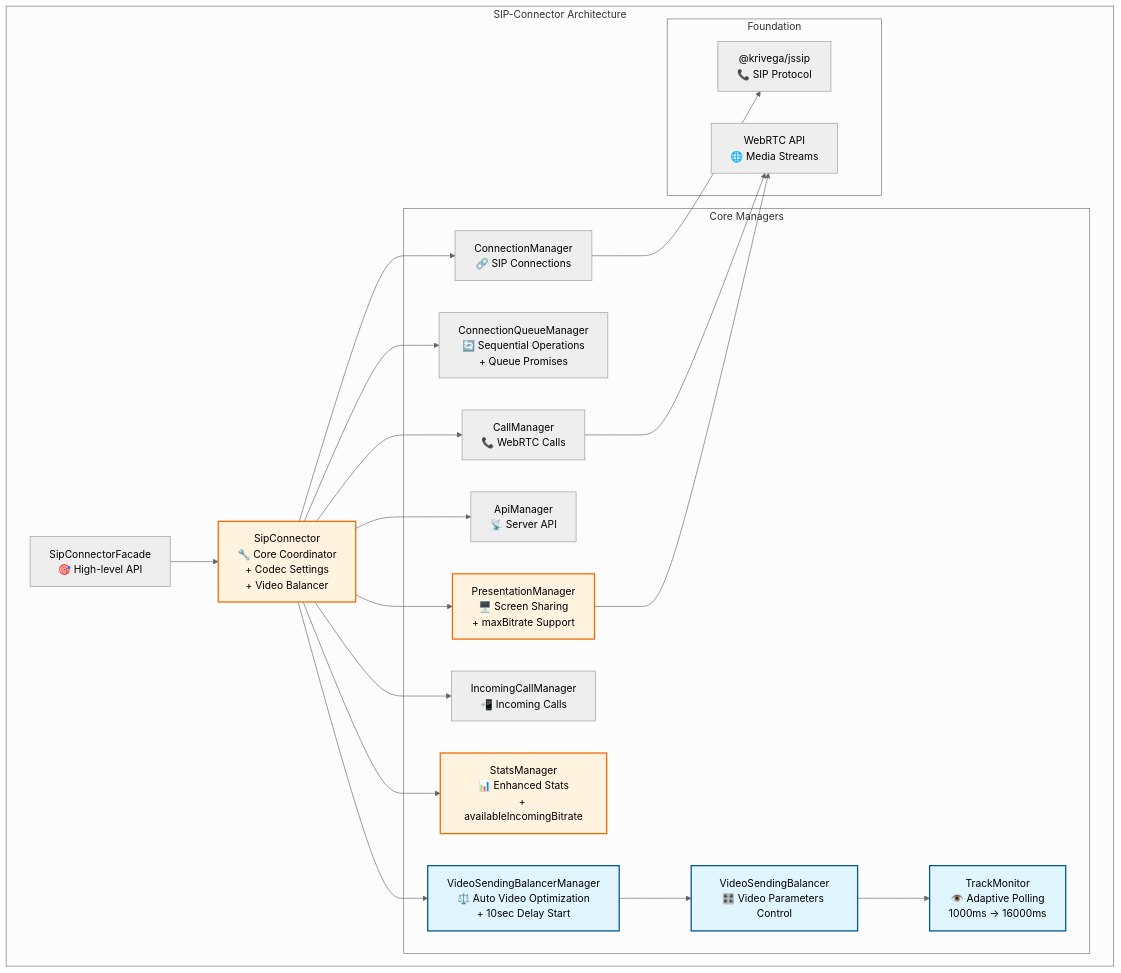
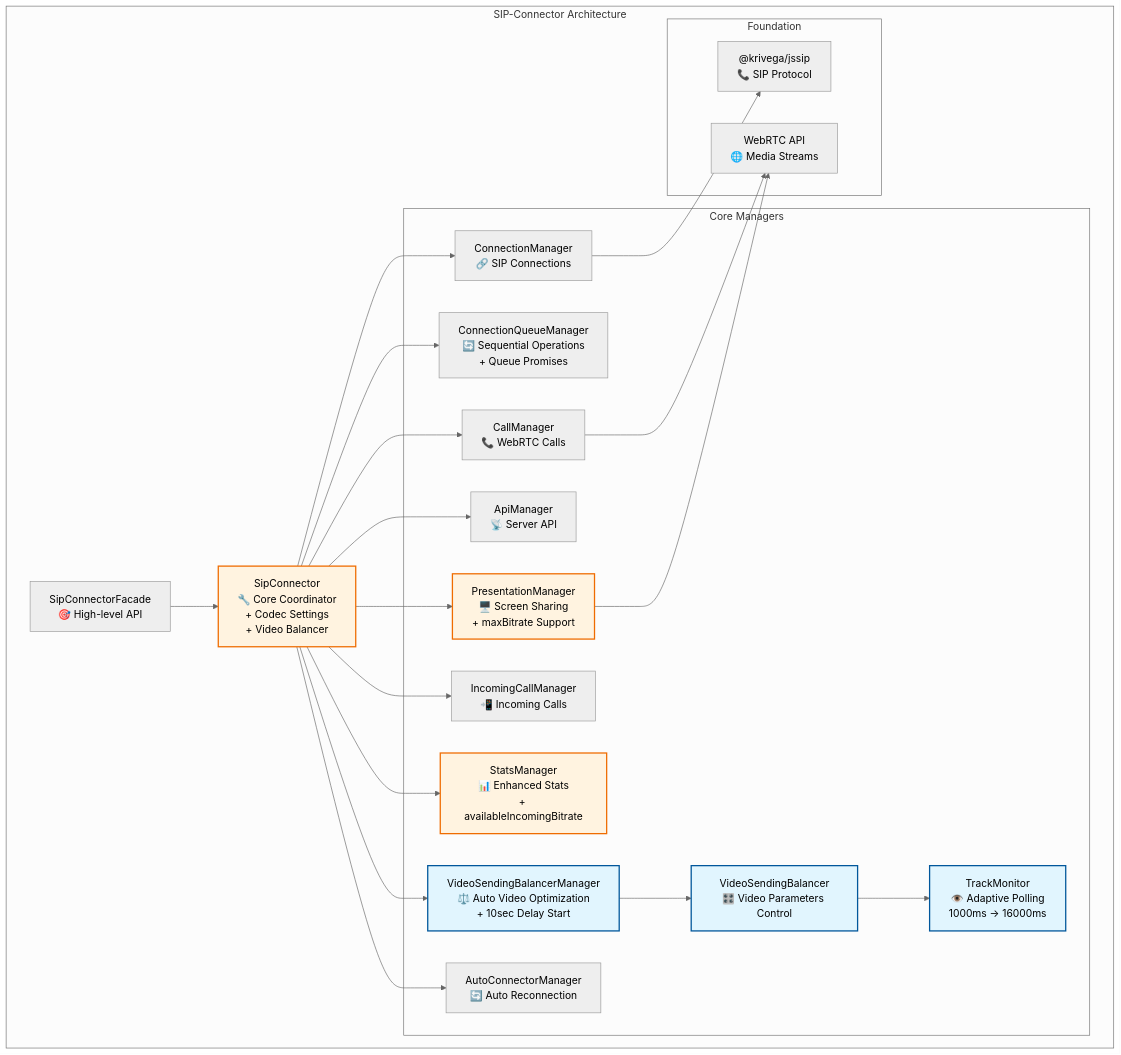
One commit to Krivega/sip-connector changed the first of 2 diagrams in docs/arch.md. Above: the diagram before and after it, drawn with Mermaid (neutral theme). The commit also changed other lines of this file and 1 other file, not shown here.

````diff
--- a/docs/arch.md
+++ b/docs/arch.md
@@ -424,47 +500,49 @@
 ```mermaid
 graph TB
     subgraph "SIP-Connector Architecture"
         A["SipConnectorFacade<br/>🎯 High-level API"]
         B["SipConnector<br/>🔧 Core Coordinator<br/>+ Codec Settings<br/>+ Video Balancer"]
 
         subgraph "Core Managers"
             C["ConnectionManager<br/>🔗 SIP Connections"]
             D["CallManager<br/>📞 WebRTC Calls"]
             E["ApiManager<br/>📡 Server API"]
             F["PresentationManager<br/>🖥️ Screen Sharing<br/>+ maxBitrate Support"]
             G["IncomingCallManager<br/>📲 Incoming Calls"]
             H["StatsManager<br/>📊 Enhanced Stats<br/>+ availableIncomingBitrate"]
             I["VideoSendingBalancerManager<br/>⚖️ Auto Video Optimization<br/>+ 10sec Delay Start"]
             J["VideoSendingBalancer<br/>🎛️ Video Parameters Control"]
             K["TrackMonitor<br/>👁️ Adaptive Polling<br/>1000ms → 16000ms"]
             L["ConnectionQueueManager<br/>🔄 Sequential Operations<br/>+ Queue Promises"]
+            M["AutoConnectorManager<br/>🔄 Auto Reconnection"]
         end
 
         subgraph "Foundation"
-            M["@krivega/jssip<br/>📞 SIP Protocol"]
-            N["WebRTC API<br/>🌐 Media Streams"]
+            O["@krivega/jssip<br/>📞 SIP Protocol"]
+            P["WebRTC API<br/>🌐 Media Streams"]
         end
 
         A --> B
         B --> C
         B --> L
         B --> D
         B --> E
         B --> F
         B --> G
         B --> H
         B --> I
         I --> J
         J --> K
-        D --> N
-        F --> N
-        C --> M
+        D --> P
+        F --> P
+        C --> O
+        B --> M
     end
 
     style I fill:#e1f5fe,stroke:#01579b,stroke-width:2px
     style J fill:#e1f5fe,stroke:#01579b,stroke-width:2px
     style K fill:#e1f5fe,stroke:#01579b,stroke-width:2px
     style B fill:#fff3e0,stroke:#ef6c00,stroke-width:2px
     style F fill:#fff3e0,stroke:#ef6c00,stroke-width:2px
     style H fill:#fff3e0,stroke:#ef6c00,stroke-width:2px
 ```
````
